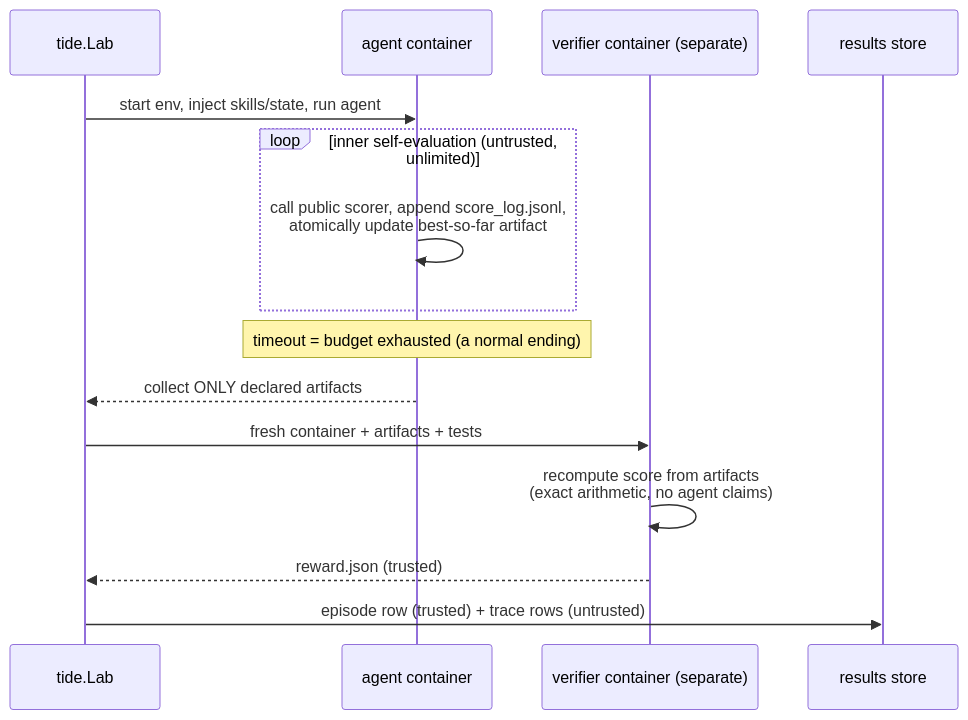
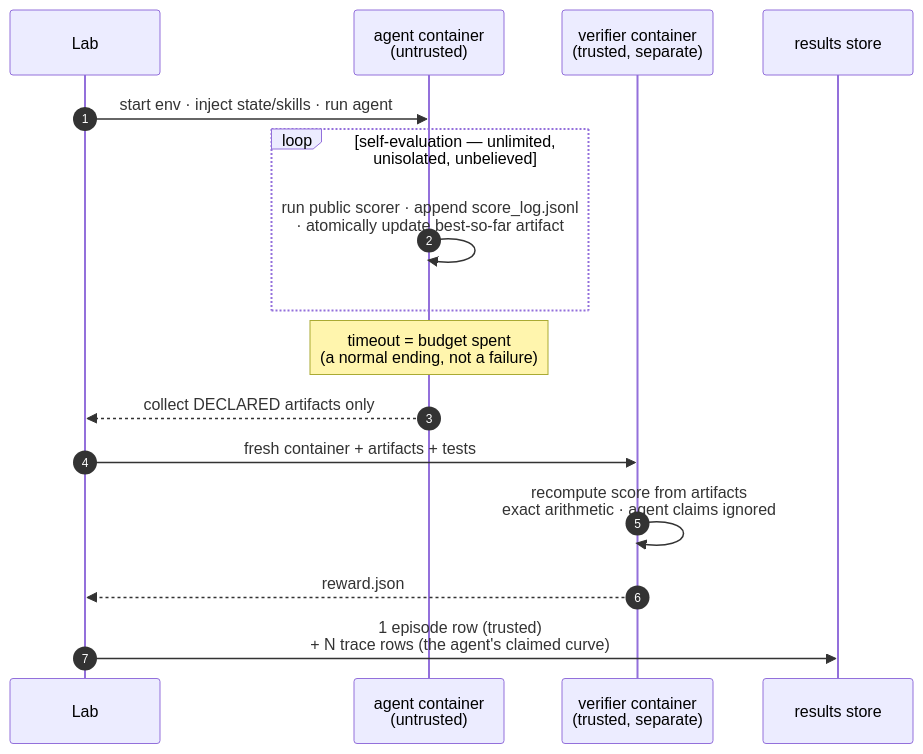
The third of 5 diagrams in README.md (Human-Agent-Society/tide-eval), drawn with Mermaid before and after one commit. The commit also changed other lines of this file and 26 other files, not shown here.

First line of the commit message:
Polish to release quality: prose, diagrams, CI, and real benchmark entry points

````diff
--- a/README.md
+++ b/README.md
@@ -128,18 +148,19 @@
 ```mermaid
 sequenceDiagram
-    participant L as tide.Lab
-    participant A as agent container
-    participant V as verifier container (separate)
+    autonumber
+    participant L as Lab
+    participant A as agent container<br/>(untrusted)
+    participant V as verifier container<br/>(trusted, separate)
     participant S as results store
 
-    L->>A: start env, inject skills/state, run agent
-    loop inner self-evaluation (untrusted, unlimited)
-        A->>A: call public scorer, append score_log.jsonl,<br/>atomically update best-so-far artifact
+    L->>A: start env · inject state/skills · run agent
+    loop self-evaluation — unlimited, unisolated, unbelieved
+        A->>A: run public scorer · append score_log.jsonl<br/>· atomically update best-so-far artifact
     end
-    Note over A: timeout = budget exhausted (a normal ending)
-    A-->>L: collect ONLY declared artifacts
+    Note over A: timeout = budget spent<br/>(a normal ending, not a failure)
+    A-->>L: collect DECLARED artifacts only
     L->>V: fresh container + artifacts + tests
-    V->>V: recompute score from artifacts<br/>(exact arithmetic, no agent claims)
-    V-->>L: reward.json (trusted)
-    L->>S: episode row (trusted) + trace rows (untrusted)
+    V->>V: recompute score from artifacts<br/>exact arithmetic · agent claims ignored
+    V-->>L: reward.json
+    L->>S: 1 episode row (trusted)<br/>+ N trace rows (the agent's claimed curve)
 ```
````
